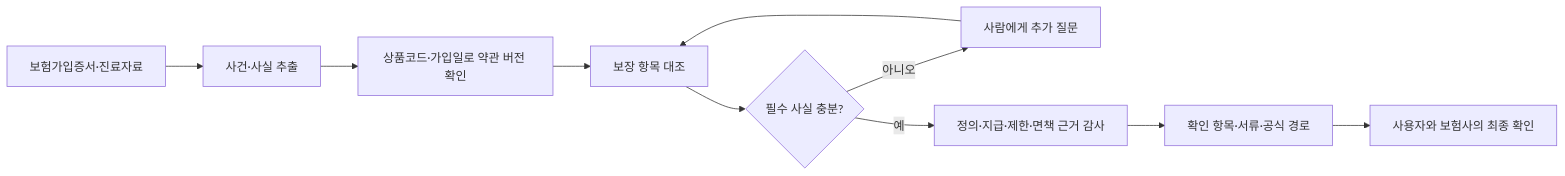
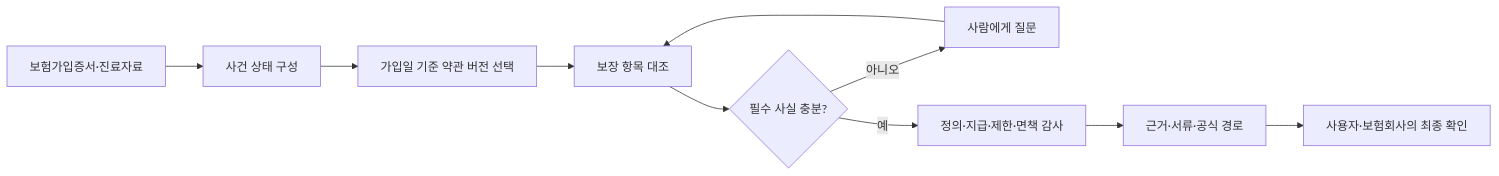
The first of 2 diagrams in docs/planning-proposal.md (turtlehwan/2026-finance-ai-challenge), drawn with Mermaid before and after one commit. The commit also changed other lines of this file and 7 other files, not shown here.

````diff
--- a/docs/planning-proposal.md
+++ b/docs/planning-proposal.md
@@ -111,12 +110,12 @@
 ```mermaid
 flowchart LR
-  A[보험가입증서·진료자료] --> B[사건·사실 추출]
-  B --> C[상품코드·가입일로 약관 버전 확인]
-  C --> D[보장 항목 대조]
-  D --> E{필수 사실 충분?}
-  E -- 아니오 --> F[사람에게 추가 질문]
-  F --> D
-  E -- 예 --> G[정의·지급·제한·면책 근거 감사]
-  G --> H[확인 항목·서류·공식 경로]
-  H --> I[사용자와 보험사의 최종 확인]
+    U["보험가입증서·진료자료"] --> A["사건 상태 구성"]
+    A --> V["가입일 기준 약관 버전 선택"]
+    V --> M["보장 항목 대조"]
+    M --> G{"필수 사실 충분?"}
+    G -- "아니오" --> H["사람에게 질문"]
+    H --> M
+    G -- "예" --> E["정의·지급·제한·면책 감사"]
+    E --> P["근거·서류·공식 경로"]
+    P --> F["사용자·보험회사의 최종 확인"]
 ```
````
